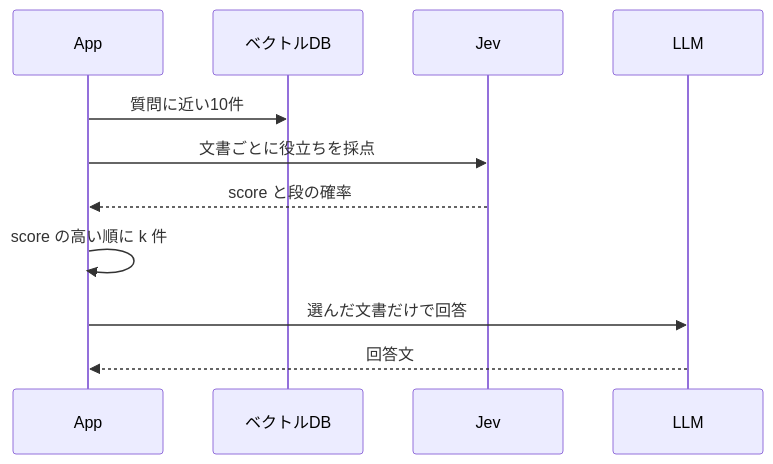
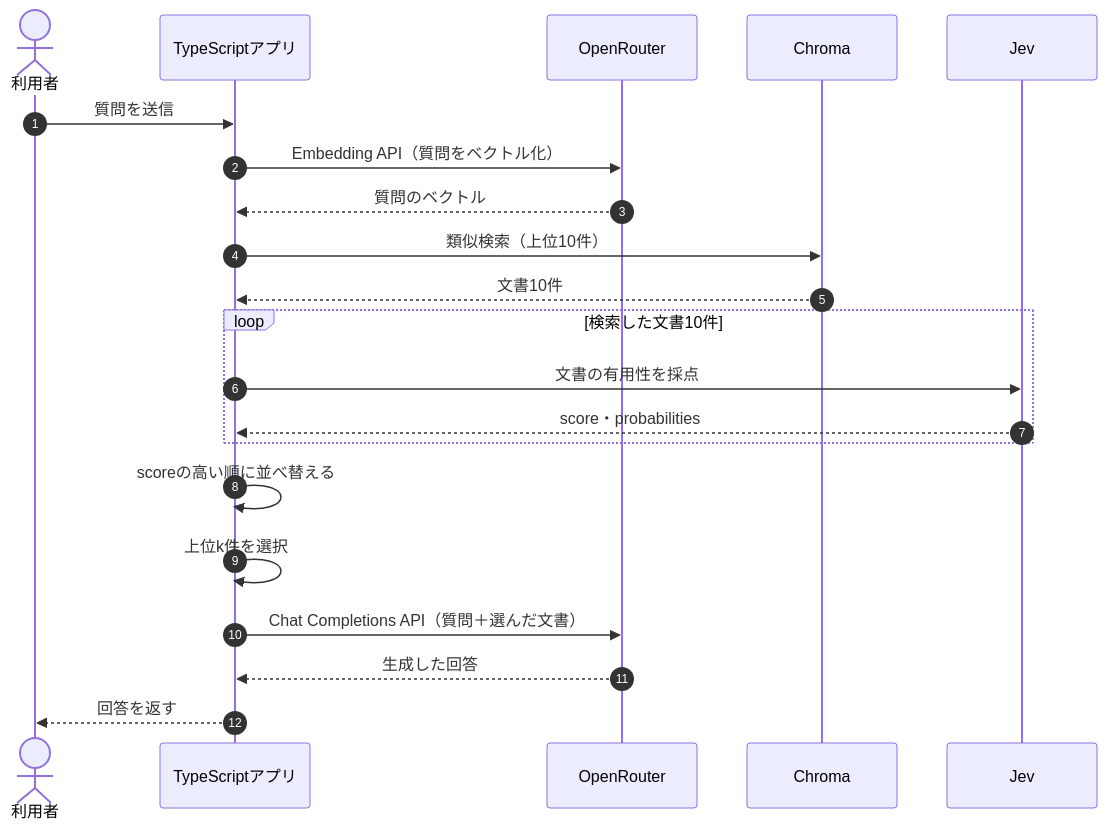
Before and after one commit to kouji0705/rag-study: the diagram in books/cd019af39edb03/08-rerank.md, drawn with Mermaid. The commit also changed other lines of this file and 18 other files, not shown here.

````diff
--- a/books/cd019af39edb03/08-rerank.md
+++ b/books/cd019af39edb03/08-rerank.md
@@ -25,13 +34,26 @@
-```mermaid
+```mermaid:
 sequenceDiagram
-    participant App
-    participant DB as ベクトルDB
-    participant Jev
-    participant LLM
-    App->>DB: 質問に近い10件
-    App->>Jev: 文書ごとに役立ちを採点
-    Jev-->>App: score と段の確率
-    App->>App: score の高い順に k 件
-    App->>LLM: 選んだ文書だけで回答
-    LLM-->>App: 回答文
+    autonumber
+    actor User as 利用者
+    participant App as TypeScriptアプリ
+    participant OR as OpenRouter
+    participant DB as Chroma
+    participant Jev as Jev
+
+    User->>App: 質問を送信
+    App->>OR: Embedding API（質問をベクトル化）
+    OR-->>App: 質問のベクトル
+    App->>DB: 類似検索（上位10件）
+    DB-->>App: 文書10件
+
+    loop 検索した文書10件
+        App->>Jev: 文書の有用性を採点
+        Jev-->>App: score・probabilities
+    end
+
+    App->>App: scoreの高い順に並べ替える
+    App->>App: 上位k件を選択
+    App->>OR: Chat Completions API（質問＋選んだ文書）
+    OR-->>App: 生成した回答
+    App-->>User: 回答を返す
 ```
````
